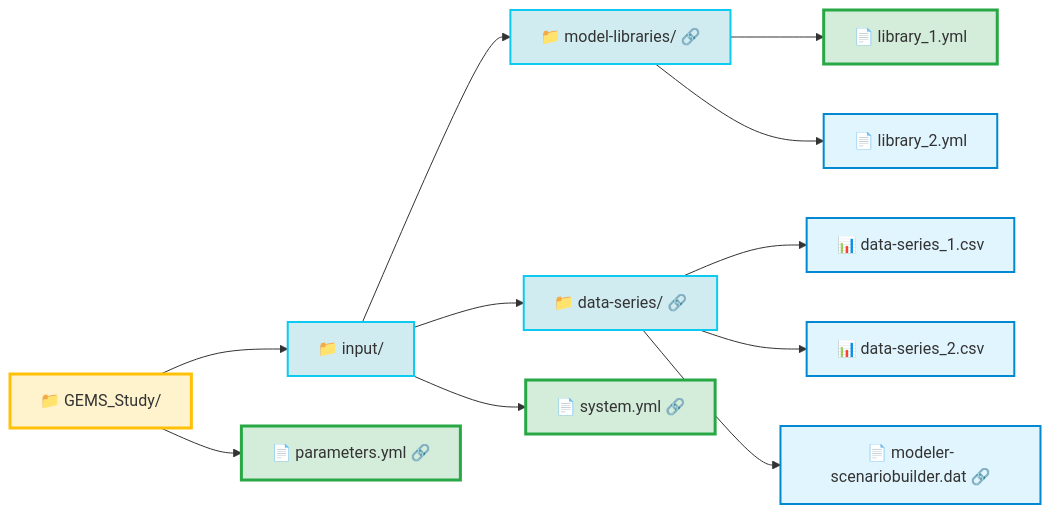
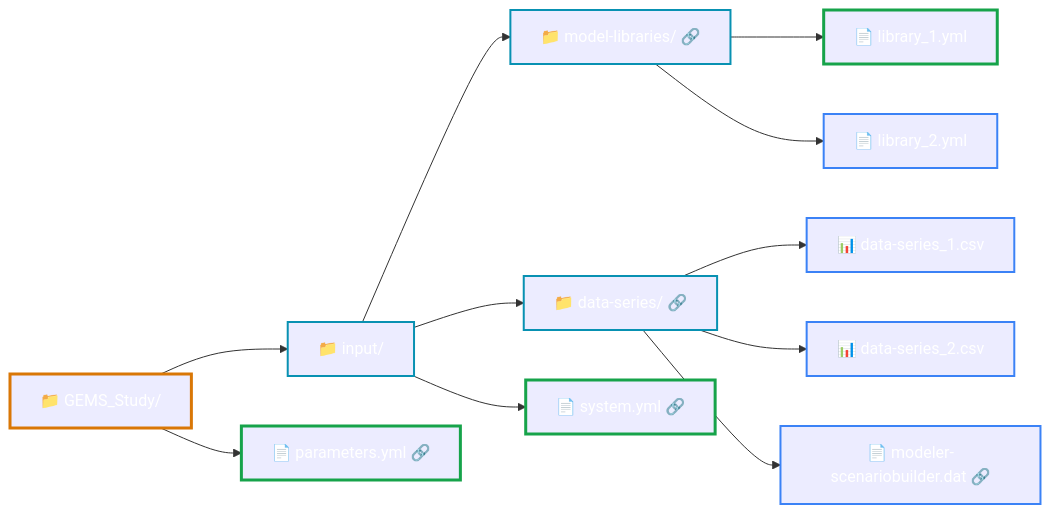
Before and after one commit to AntaresSimulatorTeam/GEMS: the diagram in doc/user-guide/file-structure/overview.md, drawn with Mermaid. The commit also changed other lines of this file and 144 other files, not shown here.

````diff
--- a/doc/user-guide/file-structure/overview.md
+++ b/doc/user-guide/file-structure/overview.md
@@ -19,45 +13,45 @@
 ```mermaid
 flowchart LR
     Study["📁 GEMS_Study/"]
     Input["📁 input/"]
     ModelLib["📁 model-libraries/ 🔗"]
     DataSeries["📁 data-series/ 🔗"]
     
     System["📄 system.yml 🔗"]
     Params["📄 parameters.yml 🔗"]
     Lib1["📄 library_1.yml"]
     Lib2["📄 library_2.yml"]
     Data1["📊 data-series_1.csv"]
     Data2["📊 data-series_2.csv"]
     Scenario["📄 modeler-scenariobuilder.dat 🔗"]
     
     Study --> Input
     Study --> Params
     Input --> ModelLib
     Input --> System
     Input --> DataSeries
     ModelLib --> Lib1
     ModelLib --> Lib2
     DataSeries --> Data1
     DataSeries --> Data2
     DataSeries --> Scenario
     
-    style Study fill:#fff3cd,stroke:#ffc107,stroke-width:3px
-    style Input fill:#d1ecf1,stroke:#0dcaf0,stroke-width:2px
-    style ModelLib fill:#d1ecf1,stroke:#0dcaf0,stroke-width:2px
-    style DataSeries fill:#d1ecf1,stroke:#0dcaf0,stroke-width:2px
-    style System fill:#d4edda,stroke:#28a745,stroke-width:3px
-    style Params fill:#d4edda,stroke:#28a745,stroke-width:3px
-    style Lib1 fill:#d4edda,stroke:#28a745,stroke-width:3px
-    style Lib2 fill:#e1f5ff,stroke:#0288d1,stroke-width:2px
-    style Data1 fill:#e1f5ff,stroke:#0288d1,stroke-width:2px
-    style Data2 fill:#e1f5ff,stroke:#0288d1,stroke-width:2px
-    style Scenario fill:#e1f5ff,stroke:#0288d1,stroke-width:2px
+    style Study stroke:#d97706,stroke-width:3px,color:#ffffff
+    style Input stroke:#0891b2,stroke-width:2px,color:#ffffff
+    style ModelLib stroke:#0891b2,stroke-width:2px,color:#ffffff
+    style DataSeries stroke:#0891b2,stroke-width:2px,color:#ffffff
+    style System stroke:#16a34a,stroke-width:3px,color:#ffffff
+    style Params stroke:#16a34a,stroke-width:3px,color:#ffffff
+    style Lib1 stroke:#16a34a,stroke-width:3px,color:#ffffff
+    style Lib2 stroke:#3b82f6,stroke-width:2px,color:#ffffff
+    style Data1 stroke:#3b82f6,stroke-width:2px,color:#ffffff
+    style Data2 stroke:#3b82f6,stroke-width:2px,color:#ffffff
+    style Scenario stroke:#3b82f6,stroke-width:2px,color:#ffffff
 
     
     click ModelLib "../library/"
     click System "../system/"
     click DataSeries "../data-series/"
     click Scenario "../scenario-builder/"
     click Params "../solver-optimization/"
 ```
````
